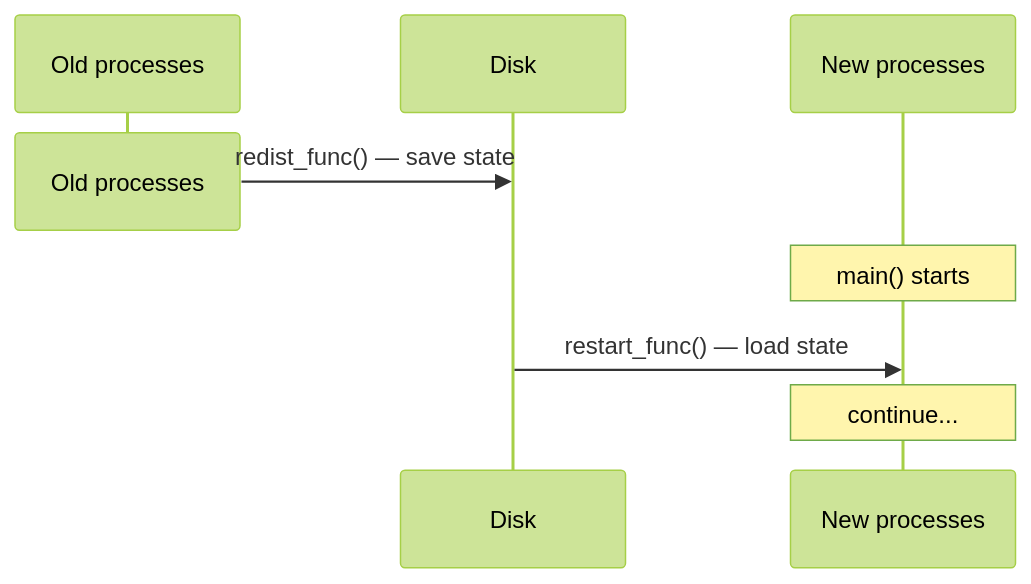
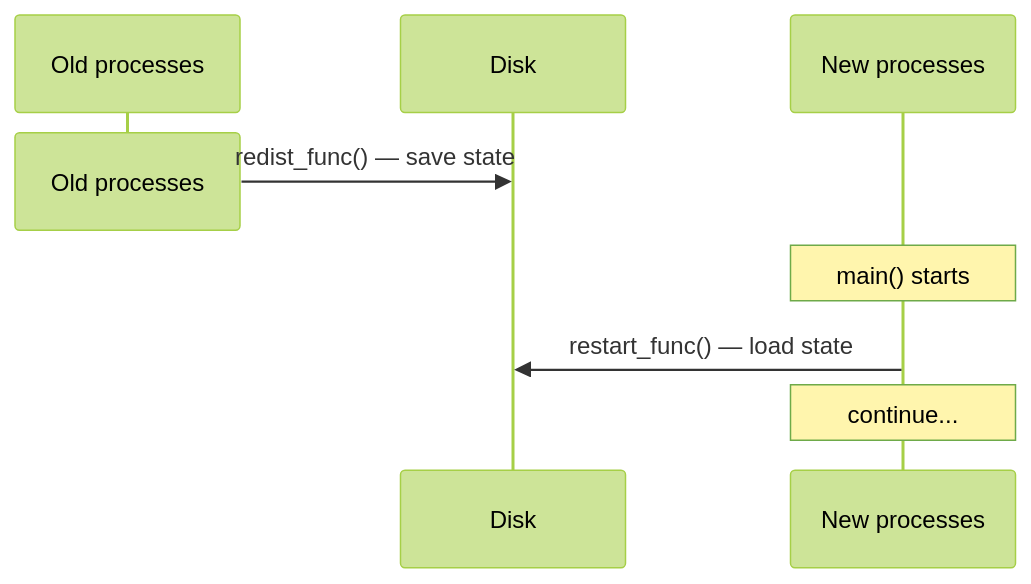
Before and after one commit to accelcom-bsc/DMR: the first of 2 diagrams in docs/user-guide/data-redistribution.md, drawn with Mermaid (forest theme). The commit also changed other lines of this file, not shown here.

Commit message:
fix diagram flow: restart_func before comm, load arrow proc to disk

````diff
--- a/docs/user-guide/data-redistribution.md
+++ b/docs/user-guide/data-redistribution.md
@@ -16,11 +16,11 @@
 ```mermaid
 sequenceDiagram
     participant Old as Old processes
     participant Disk
     participant New as New processes
     destroy Old
     Old->>Disk: redist_func() — save state
     Note over New: main() starts
-    Disk->>New: restart_func() — load state
+    New->>Disk: restart_func() — load state
     Note over New: continue...
 ```
````
